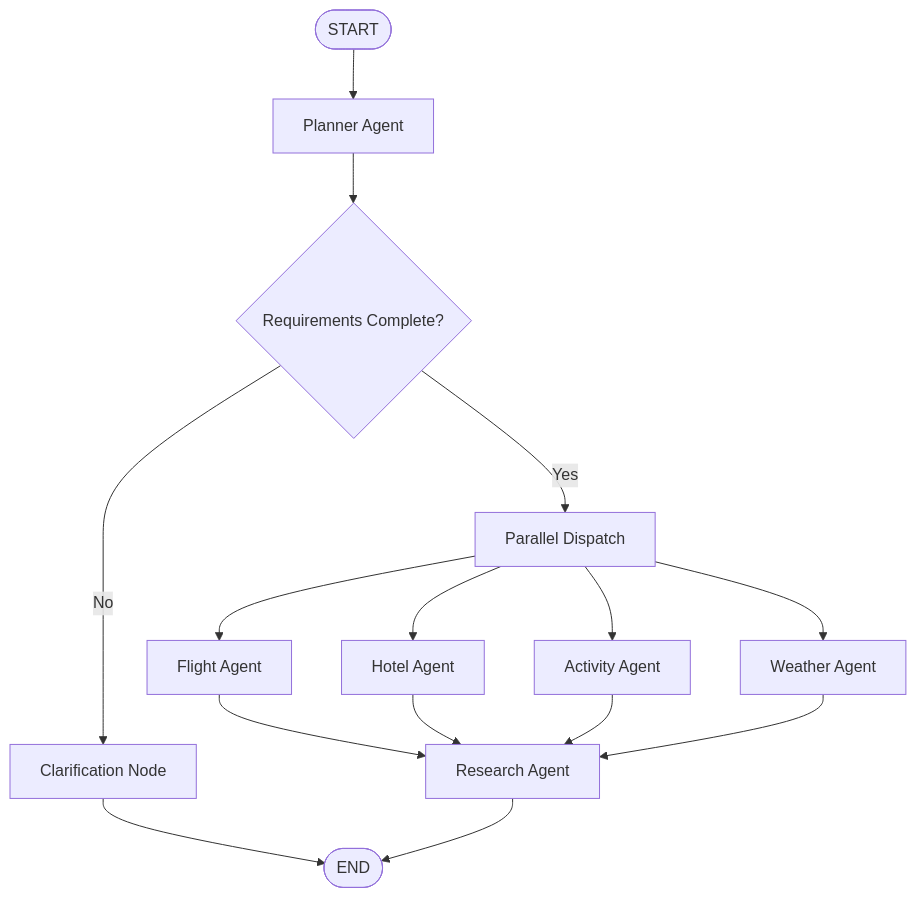
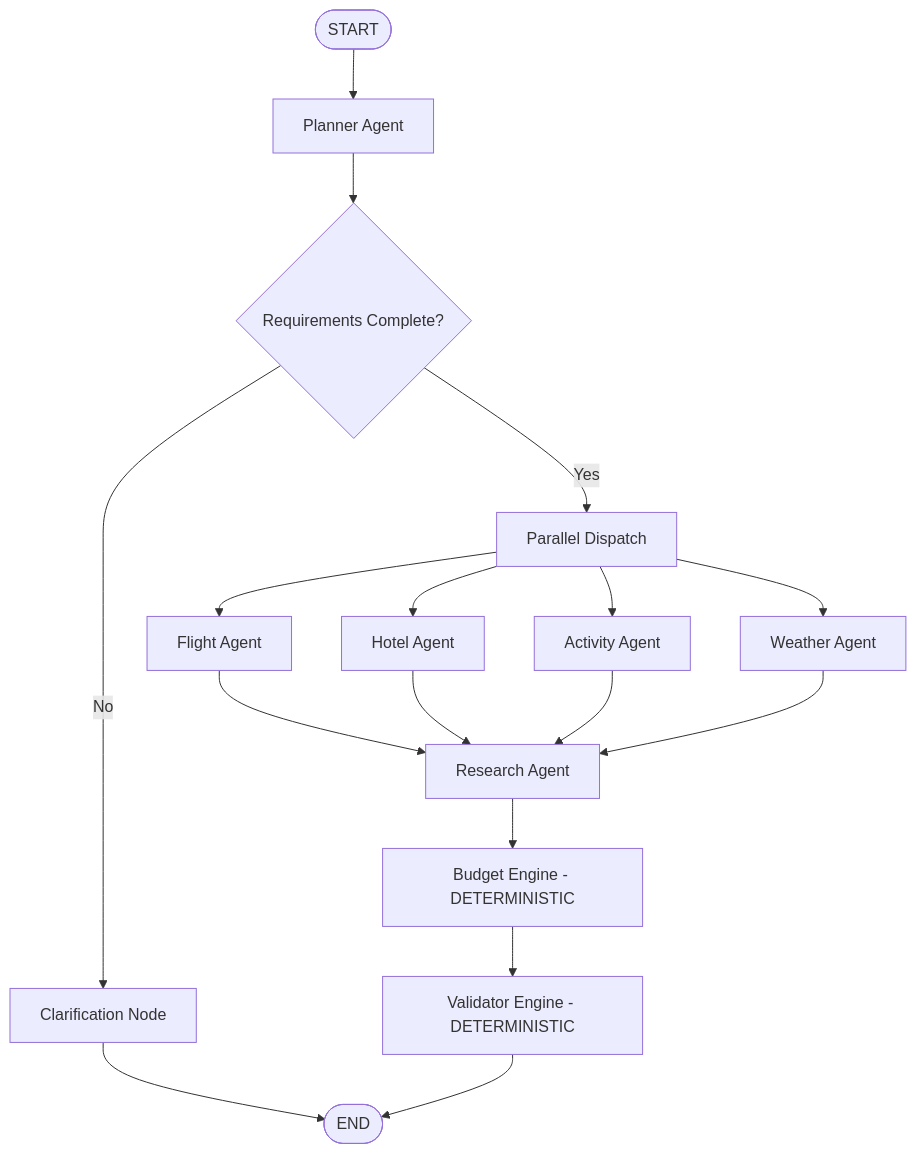
The third of 6 diagrams in ARCHITECTURE.md (codingsexpert/multi-agent-travel-intelligence-platform), drawn with Mermaid before and after one commit. The commit also changed other lines of this file and 25 other files, not shown here.

Commit message:
feat: add budget engine and travel validator

````diff
--- a/ARCHITECTURE.md
+++ b/ARCHITECTURE.md
@@ -134,17 +134,19 @@
 ```mermaid
 graph TD
     START([START]) --> Planner[Planner Agent]
     Planner --> Check{Requirements Complete?}
     Check -- No --> Clarification[Clarification Node]
     Clarification --> END([END])
     Check -- Yes --> FanOut[Parallel Dispatch]
     FanOut --> Flight[Flight Agent]
     FanOut --> Hotel[Hotel Agent]
     FanOut --> Activity[Activity Agent]
     FanOut --> Weather[Weather Agent]
     Flight --> Research[Research Agent]
     Hotel --> Research
     Activity --> Research
     Weather --> Research
-    Research --> END([END])
+    Research --> Budget[Budget Engine - DETERMINISTIC]
+    Budget --> Validator[Validator Engine - DETERMINISTIC]
+    Validator --> END([END])
 ```
````
